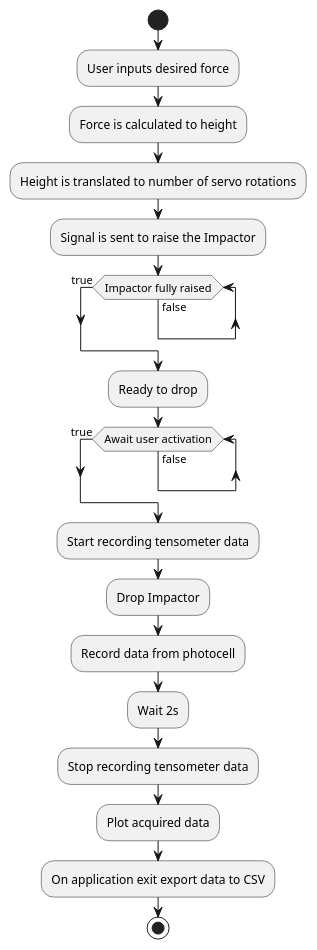
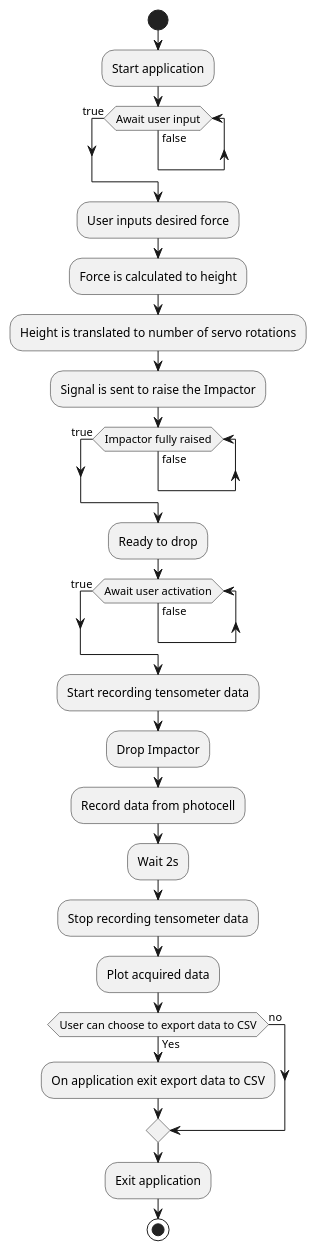
One commit to OlaffoJaszczur/Test_rig_for_impact changed the diagram in flow_chart.puml. Above: the diagram before and after it, drawn with PlantUML.

Commit message:
uml added

```diff
--- a/flow_chart.puml
+++ b/flow_chart.puml
@@ -1,56 +1,63 @@
 @startuml
 'https://plantuml.com/activity-diagram-beta
 
 /'start
 :ClickServlet.handleRequest();
 :new page;
 if (Page.onSecurityCheck) then (true)
   :Page.onInit();
   if (isForward?) then (no)
     :Process controls;
     if (continue processing?) then (no)
       stop
     endif
 
     if (isPost?) then (yes)
       :Page.onPost();
     else (no)
       :Page.onGet();
     endif
     :Page.onRender();
   endif
 else (false)
 endif
 
 if (do redirect?) then (yes)
   :redirect process;
 else
   if (do forward?) then (yes)
     :Forward request;
   else (no)
     :Render page template;
   endif
 endif
 
 stop'/
 
 start
+:Start application;
+while (Await user input) is (false)
+endwhile (true)
 :User inputs desired force;
 :Force is calculated to height;
 :Height is translated to number of servo rotations;
 :Signal is sent to raise the Impactor;
 while (Impactor fully raised) is (false)
 endwhile (true)
 :Ready to drop;
 while (Await user activation) is (false)
 endwhile (true)
 :Start recording tensometer data;
 :Drop Impactor;
 :Record data from photocell;
 :Wait 2s;
 :Stop recording tensometer data;
 :Plot acquired data;
+if (User can choose to export data to CSV) then (Yes)
 :On application exit export data to CSV;
+else (no)
+endif
+:Exit application;
 stop
 
 @enduml
```
